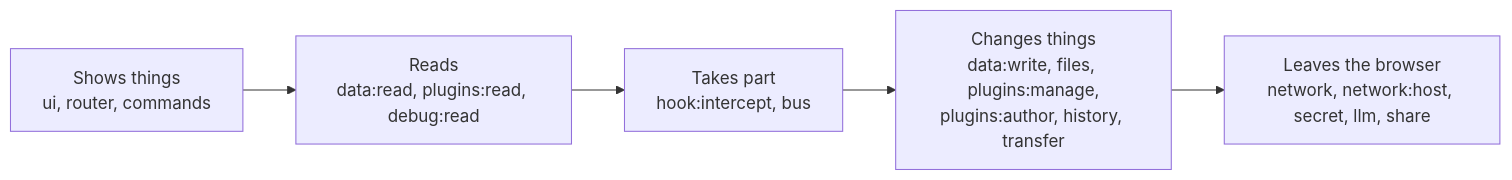
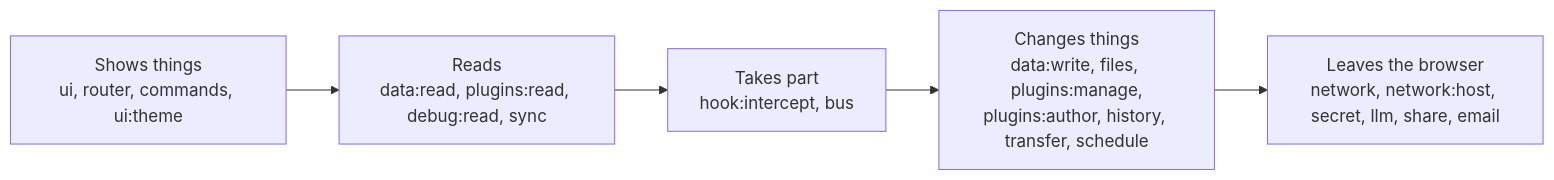
One commit to PaulKinlan/ExtensibleWebApps changed the diagram in docs/permissions.md. Above: the diagram before and after it, drawn with Mermaid. The commit also changed other lines of this file and 23 other files, not shown here.

````diff
--- a/docs/permissions.md
+++ b/docs/permissions.md
@@ -15,7 +15,7 @@
 ```mermaid
 flowchart LR
-    A["Shows things<br/>ui, router, commands"] --> B["Reads<br/>data:read, plugins:read, debug:read"]
+    A["Shows things<br/>ui, router, commands, ui:theme"] --> B["Reads<br/>data:read, plugins:read, debug:read, sync"]
     B --> C["Takes part<br/>hook:intercept, bus"]
-    C --> D["Changes things<br/>data:write, files, plugins:manage,<br/>plugins:author, history, transfer"]
-    D --> E["Leaves the browser<br/>network, network:host, secret, llm, share"]
+    C --> D["Changes things<br/>data:write, files, plugins:manage,<br/>plugins:author, history, transfer, schedule"]
+    D --> E["Leaves the browser<br/>network, network:host, secret, llm, share, email"]
 ```
````
